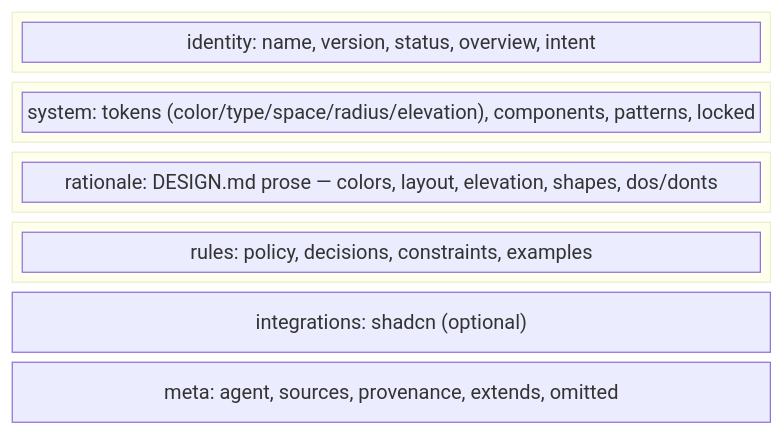
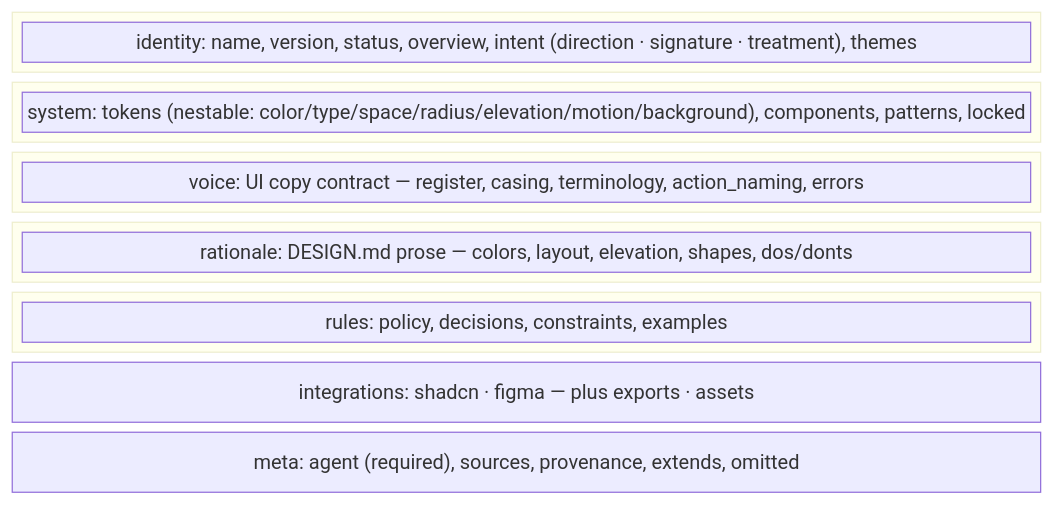
The second of 7 diagrams in docs/overview.md (AgentsORG/DESIGN), drawn with Mermaid before and after one commit. The commit also changed other lines of this file and 25 other files, not shown here.

````diff
--- a/docs/overview.md
+++ b/docs/overview.md
@@ -28,22 +28,25 @@
 ```mermaid
 block-beta
   columns 1
   block:identity
-    id["identity: name, version, status, overview, intent"]
+    id["identity: name, version, status, overview, intent (direction · signature · treatment), themes"]
   end
   block:system
-    sys["system: tokens (color/type/space/radius/elevation), components, patterns, locked"]
+    sys["system: tokens (nestable: color/type/space/radius/elevation/motion/background), components, patterns, locked"]
+  end
+  block:voice
+    voc["voice: UI copy contract — register, casing, terminology, action_naming, errors"]
   end
   block:rationale
     rat["rationale: DESIGN.md prose — colors, layout, elevation, shapes, dos/donts"]
   end
   block:rules
     rul["rules: policy, decisions, constraints, examples"]
   end
   block:integ
-    integ["integrations: shadcn (optional)"]
+    integ["integrations: shadcn · figma — plus exports · assets"]
   end
   block:meta
-    meta["meta: agent, sources, provenance, extends, omitted"]
+    meta["meta: agent (required), sources, provenance, extends, omitted"]
   end
 ```
````
